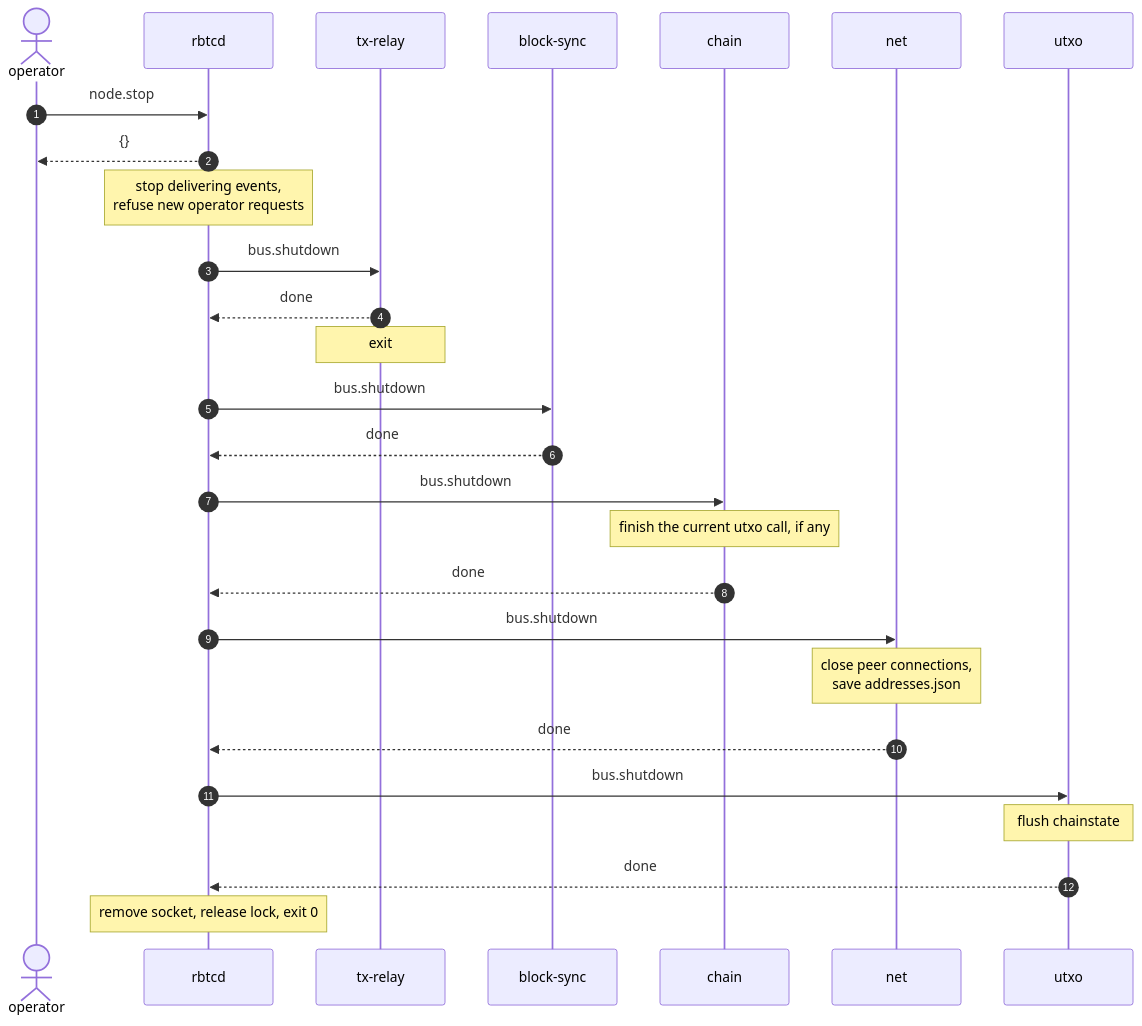
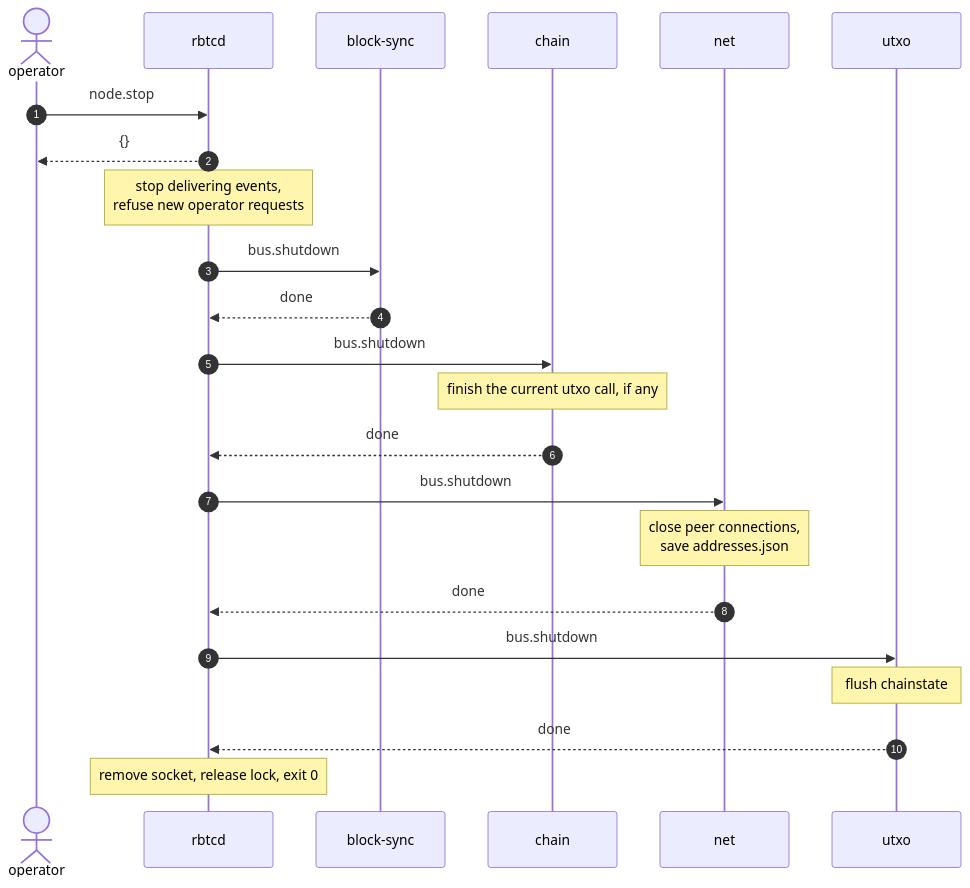
One commit to RustBTCD/btcd changed the third of 4 diagrams in docs/flows/startup-and-shutdown.md. Above: the diagram before and after it, drawn with Mermaid. The commit also changed other lines of this file and 31 other files, not shown here.

````diff
--- a/docs/flows/startup-and-shutdown.md
+++ b/docs/flows/startup-and-shutdown.md
@@ -94,30 +88,26 @@
 ```mermaid
 sequenceDiagram
     autonumber
     actor O as operator
     participant M as rbtcd
-    participant TR as tx-relay
     participant BS as block-sync
     participant C as chain
     participant N as net
     participant U as utxo
 
     O->>M: node.stop
     M-->>O: {}
     Note over M: stop delivering events,<br/>refuse new operator requests
-    M->>TR: bus.shutdown
-    TR-->>M: done
-    Note over TR: exit
     M->>BS: bus.shutdown
     BS-->>M: done
     M->>C: bus.shutdown
     Note over C: finish the current utxo call, if any
     C-->>M: done
     M->>N: bus.shutdown
     Note over N: close peer connections,<br/>save addresses.json
     N-->>M: done
     M->>U: bus.shutdown
     Note over U: flush chainstate
     U-->>M: done
     Note over M: remove socket, release lock, exit 0
 ```
````
